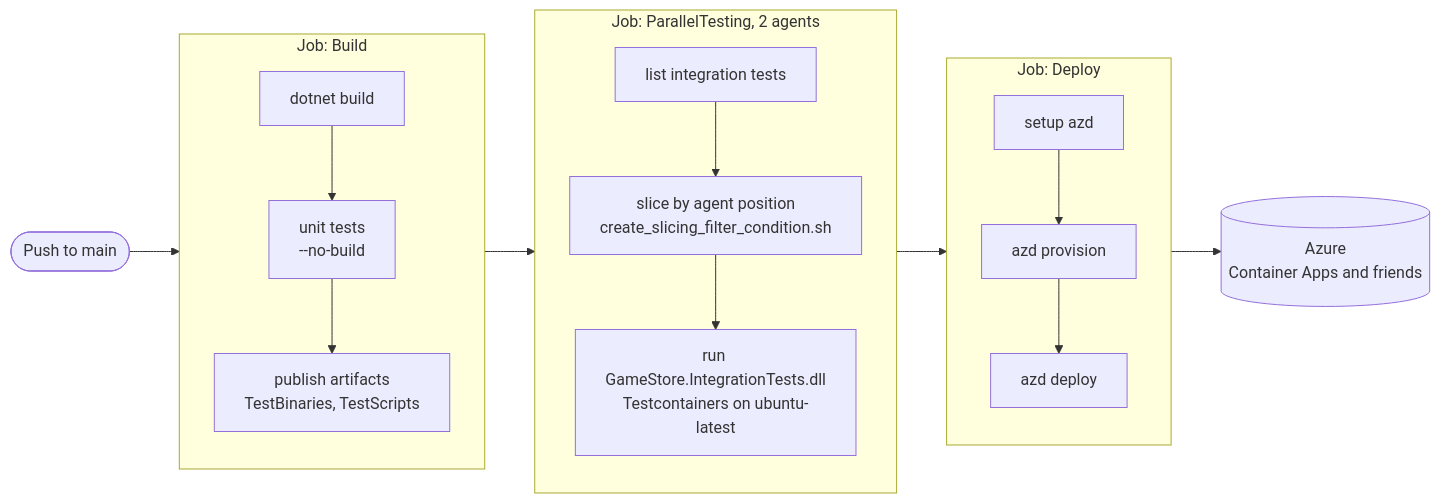
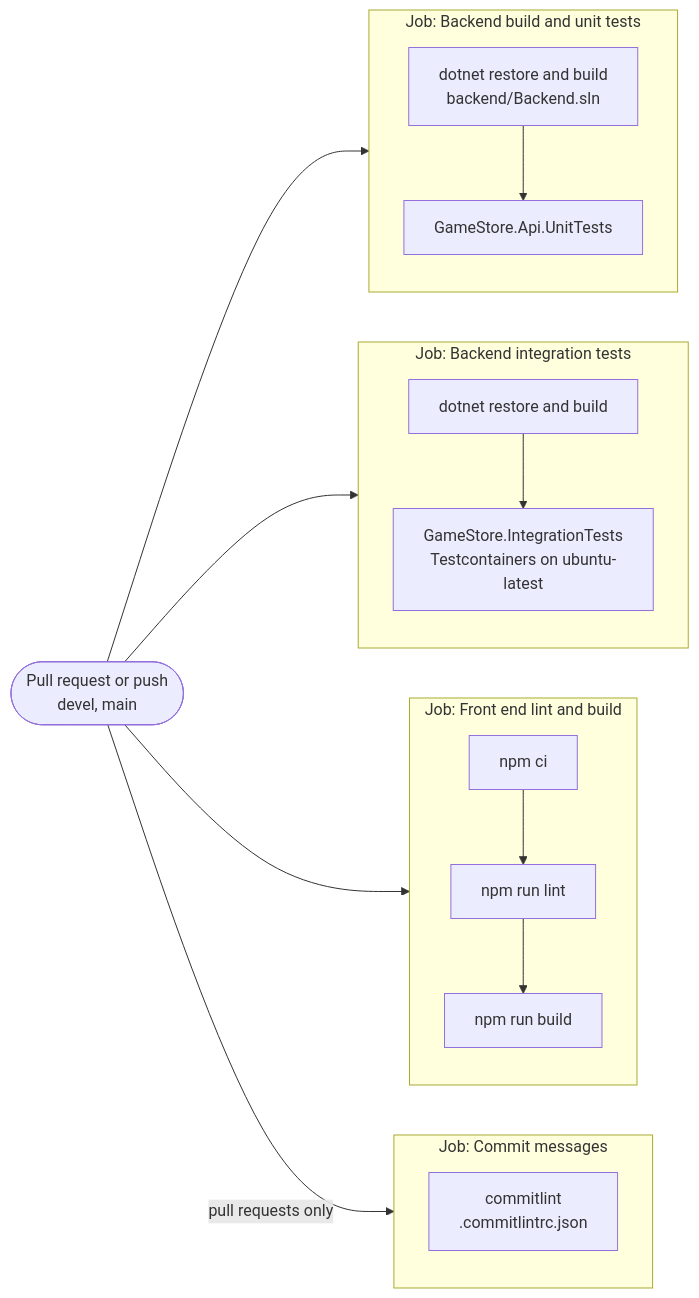
Before and after one commit to Axeloooo/GameStore: diagram 11 of 12 in docs/architecture.md, drawn with Mermaid. The commit also changed other lines of this file, not shown here.

Commit message:
docs: Removed the Azure topology and pipeline from the architecture and added the CI workflow

````diff
--- a/docs/architecture.md
+++ b/docs/architecture.md
@@ -460,25 +407,23 @@
 ```mermaid
 flowchart LR
-    push(["Push to main"]) --> build
+    trigger(["Pull request or push<br/>devel, main"]) --> backend
+    trigger --> integration
+    trigger --> frontend
+    trigger -->|"pull requests only"| commits
 
-    subgraph build["Job: Build"]
-        b1["dotnet build"] --> b2["unit tests<br/>--no-build"]
-        b2 --> b3["publish artifacts<br/>TestBinaries, TestScripts"]
+    subgraph backend["Job: Backend build and unit tests"]
+        b1["dotnet restore and build<br/>backend/Backend.sln"] --> b2["GameStore.Api.UnitTests"]
     end
 
-    build --> pt
-
-    subgraph pt["Job: ParallelTesting, 2 agents"]
-        t1["list integration tests"] --> t2["slice by agent position<br/>create_slicing_filter_condition.sh"]
-        t2 --> t3["run GameStore.IntegrationTests.dll<br/>Testcontainers on ubuntu-latest"]
+    subgraph integration["Job: Backend integration tests"]
+        i1["dotnet restore and build"] --> i2["GameStore.IntegrationTests<br/>Testcontainers on ubuntu-latest"]
     end
 
-    pt --> dep
-
-    subgraph dep["Job: Deploy"]
-        d1["setup azd"] --> d2["azd provision"]
-        d2 --> d3["azd deploy"]
+    subgraph frontend["Job: Front end lint and build"]
+        f1["npm ci"] --> f2["npm run lint"] --> f3["npm run build"]
     end
 
-    dep --> az[("Azure<br/>Container Apps and friends")]
+    subgraph commits["Job: Commit messages"]
+        c1["commitlint<br/>.commitlintrc.json"]
+    end
 ```
````
